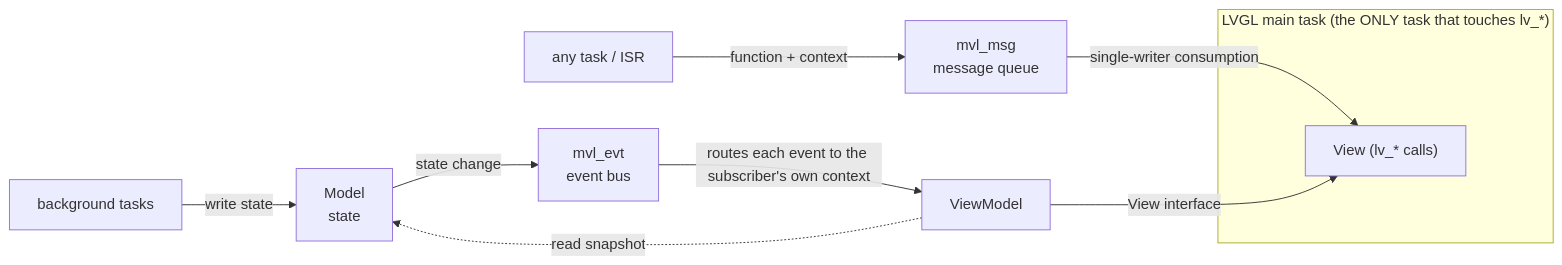
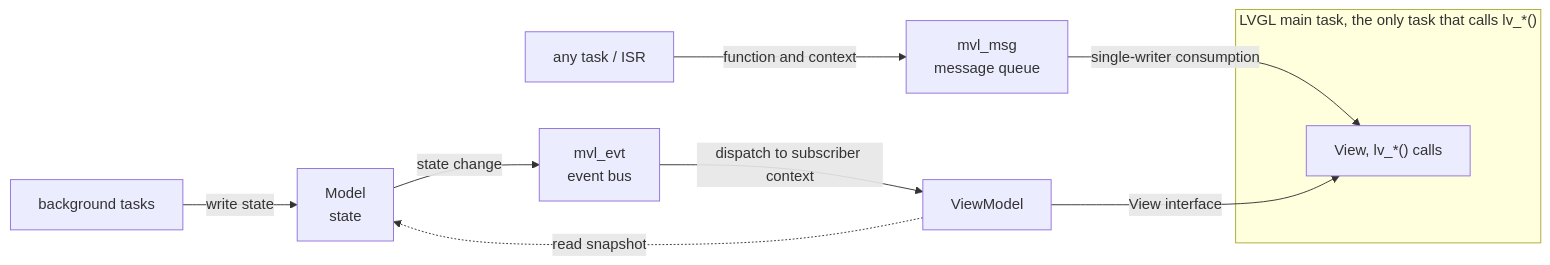
The diagram in README.md (smallerxuan/mvl), drawn with Mermaid before and after one commit. The commit also changed 1 other file, not shown here.

Commit message:
docs(readme): 架构图标签对齐 design.md 已验证写法
上一版仍渲染异常（转圈不出图）。剔除 design.md 未用过的元素：
撇号 subscriber's、加号 +、标签内 ASCII 括号，&lt;br/&gt; 统一为 &lt;br&gt;。
现版所有语法元素均在 design.md 中出现且 GitHub 渲染正常。

````diff
--- a/README.md
+++ b/README.md
@@ -11,14 +11,14 @@
 ```mermaid
 flowchart LR
-    subgraph L["LVGL main task (the ONLY task that touches lv_*)"]
-        V["View (lv_* calls)"]
+    subgraph L["LVGL main task, the only task that calls lv_*()"]
+        V["View, lv_*() calls"]
     end
 
-    T["any task / ISR"] -->|"function + context"| MSG["mvl_msg<br/>message queue"]
+    T["any task / ISR"] -->|"function and context"| MSG["mvl_msg<br>message queue"]
     MSG -->|"single-writer consumption"| V
-    B["background tasks"] -->|"write state"| M["Model<br/>state"]
-    M -->|"state change"| EVT["mvl_evt<br/>event bus"]
-    EVT -->|"routes each event to the subscriber's own context"| VM["ViewModel"]
+    B["background tasks"] -->|"write state"| M["Model<br>state"]
+    M -->|"state change"| EVT["mvl_evt<br>event bus"]
+    EVT -->|"dispatch to subscriber context"| VM["ViewModel"]
     VM -.->|"read snapshot"| M
     VM -->|"View interface"| V
 ```
````
